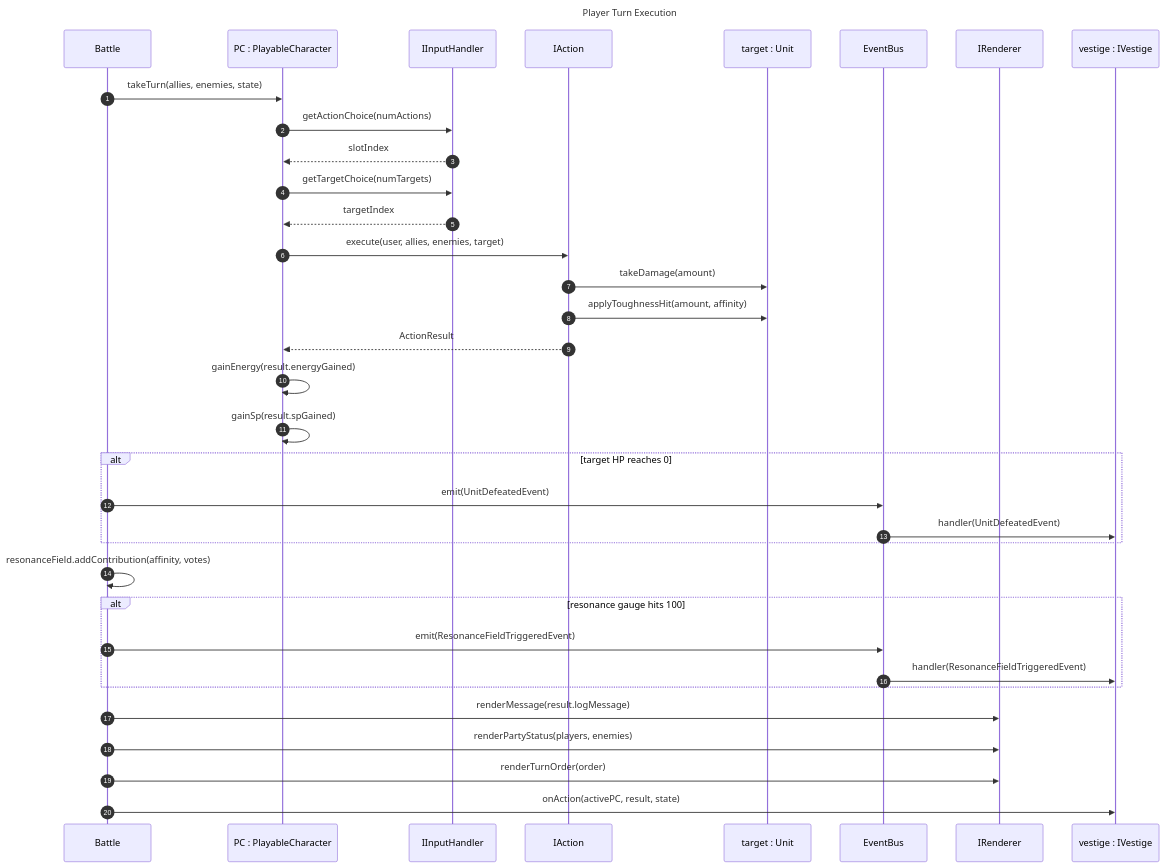
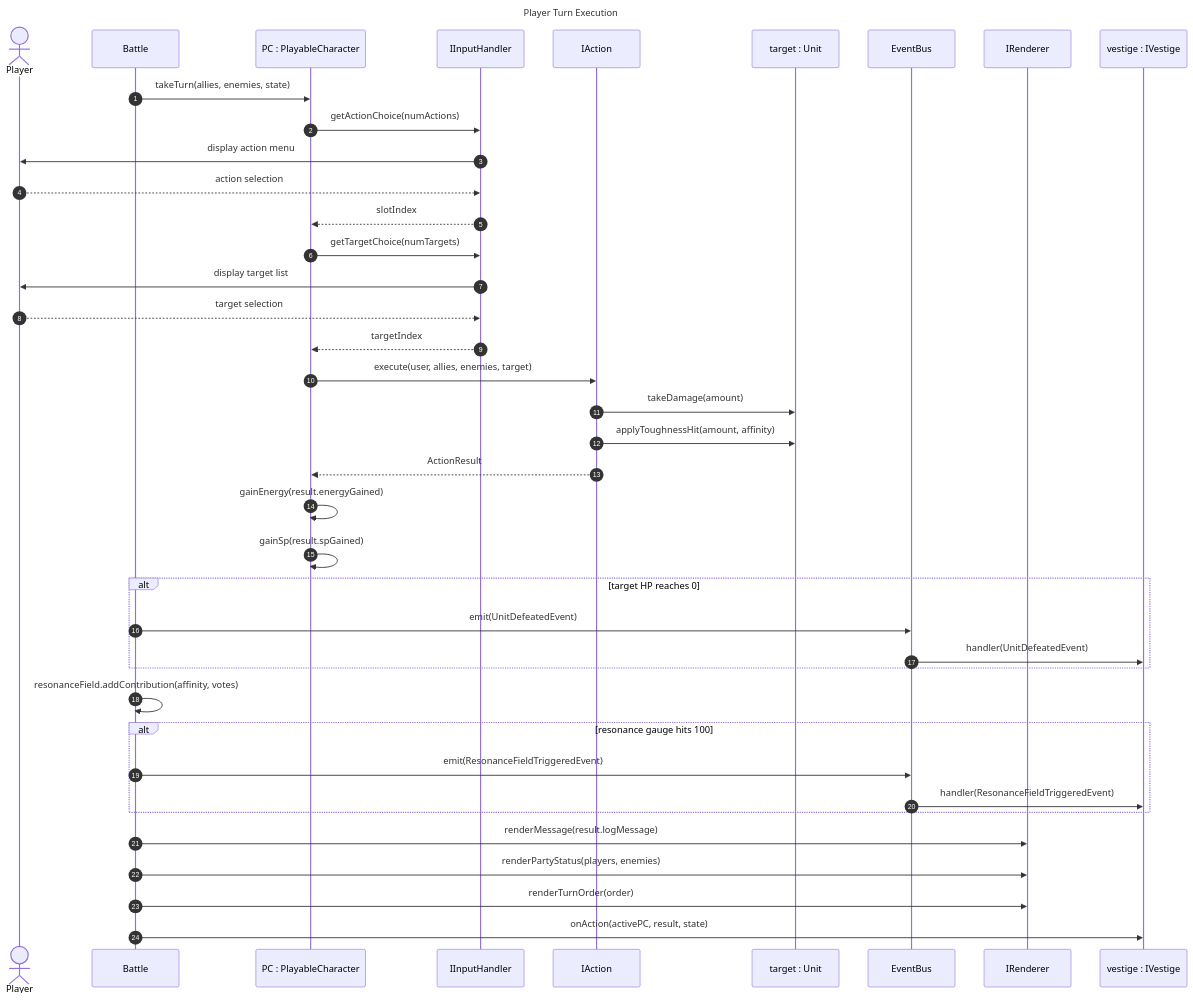
One commit to ramzorevelo/Eidolon-Breach changed the diagram in diagrams/seq_player_turn.mmd. Above: the diagram before and after it, drawn with Mermaid.

Commit message:
docs(diagrams): add Player actor to seq_player_turn

```diff
--- a/diagrams/seq_player_turn.mmd
+++ b/diagrams/seq_player_turn.mmd
@@ -1,44 +1,49 @@
 ---
 title: Player Turn Execution
 ---
 sequenceDiagram
     autonumber
+    actor Player
     participant Battle
     participant PC as PC : PlayableCharacter
     participant IInputHandler
     participant IAction
     participant target as target : Unit
     participant EventBus
     participant IRenderer
     participant vestige as vestige : IVestige
 
     Battle ->> PC: takeTurn(allies, enemies, state)
     PC ->> IInputHandler: getActionChoice(numActions)
+    IInputHandler ->> Player: display action menu
+    Player -->> IInputHandler: action selection
     IInputHandler -->> PC: slotIndex
     PC ->> IInputHandler: getTargetChoice(numTargets)
+    IInputHandler ->> Player: display target list
+    Player -->> IInputHandler: target selection
     IInputHandler -->> PC: targetIndex
 
     PC ->> IAction: execute(user, allies, enemies, target)
     IAction ->> target: takeDamage(amount)
     IAction ->> target: applyToughnessHit(amount, affinity)
     IAction -->> PC: ActionResult
 
     PC ->> PC: gainEnergy(result.energyGained)
     PC ->> PC: gainSp(result.spGained)
 
     alt target HP reaches 0
         Battle ->> EventBus: emit(UnitDefeatedEvent)
         EventBus ->> vestige: handler(UnitDefeatedEvent)
     end
 
     Battle ->> Battle: resonanceField.addContribution(affinity, votes)
 
     alt resonance gauge hits 100
         Battle ->> EventBus: emit(ResonanceFieldTriggeredEvent)
         EventBus ->> vestige: handler(ResonanceFieldTriggeredEvent)
     end
 
     Battle ->> IRenderer: renderMessage(result.logMessage)
     Battle ->> IRenderer: renderPartyStatus(players, enemies)
     Battle ->> IRenderer: renderTurnOrder(order)
     Battle ->> vestige: onAction(activePC, result, state)
```
